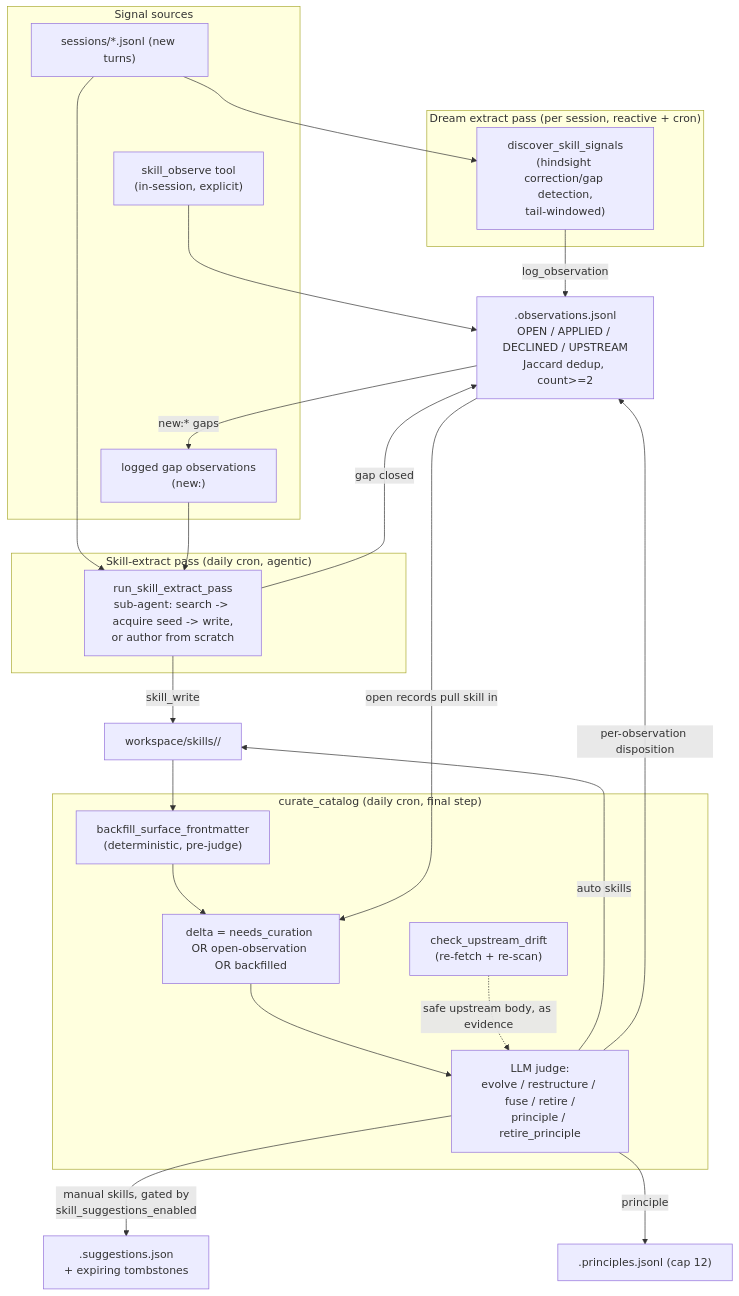
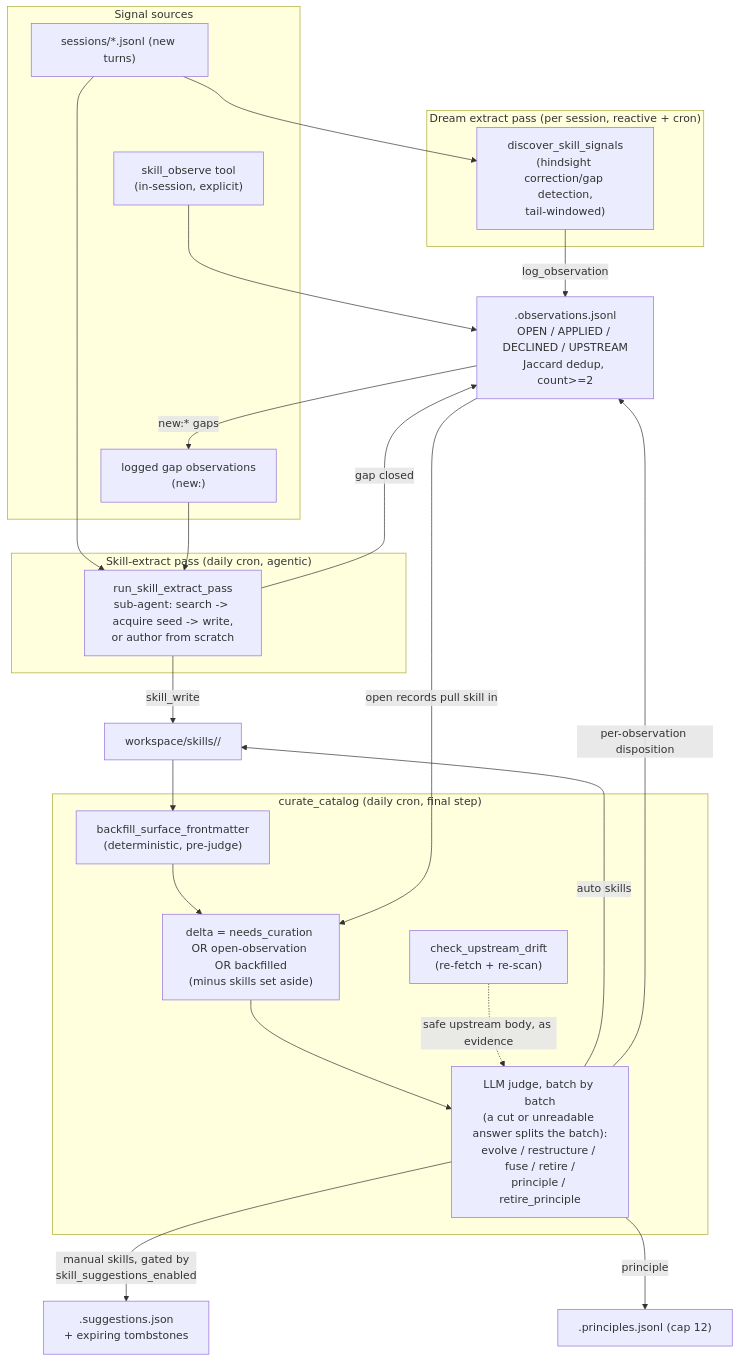
The diagram in docs/internals/skills/02_lifecycle_and_curation.md (mmarmol/durin), drawn with Mermaid before and after one commit. The commit also changed other lines of this file and 14 other files, not shown here.

````diff
--- a/docs/internals/skills/02_lifecycle_and_curation.md
+++ b/docs/internals/skills/02_lifecycle_and_curation.md
@@ -58,40 +58,40 @@
 ```mermaid
 flowchart TD
     subgraph Signal["Signal sources"]
         SESS["sessions/*.jsonl (new turns)"]
         OBS_TOOL["skill_observe tool\n(in-session, explicit)"]
         GAP_LOG["logged gap observations\n(new:<name>)"]
     end
 
     subgraph Extract["Dream extract pass (per session, reactive + cron)"]
         SIG["discover_skill_signals\n(hindsight correction/gap detection,\ntail-windowed)"]
     end
 
     OBS_TOOL --> OBSQ
     SESS --> SIG
     SIG -->|log_observation| OBSQ[".observations.jsonl\nOPEN / APPLIED / DECLINED / UPSTREAM\nJaccard dedup, count>=2"]
 
     subgraph SkillExtract["Skill-extract pass (daily cron, agentic)"]
         SE["run_skill_extract_pass\nsub-agent: search -> acquire seed -> write,\nor author from scratch"]
     end
     SESS --> SE
     GAP_LOG --> SE
     OBSQ -->|"new:* gaps"| GAP_LOG
     SE -->|skill_write| SKILLS["workspace/skills/<name>/"]
     SE -->|"gap closed"| OBSQ
 
     subgraph Curation["curate_catalog (daily cron, final step)"]
         BACKFILL["backfill_surface_frontmatter\n(deterministic, pre-judge)"]
-        DELTA["delta = needs_curation OR open-observation OR backfilled"]
-        JUDGE["LLM judge:\nevolve / restructure / fuse / retire /\nprinciple / retire_principle"]
+        DELTA["delta = needs_curation OR open-observation OR backfilled\n(minus skills set aside)"]
+        JUDGE["LLM judge, batch by batch\n(a cut or unreadable answer splits the batch):\nevolve / restructure / fuse / retire /\nprinciple / retire_principle"]
         DRIFT["check_upstream_drift\n(re-fetch + re-scan)"]
     end
     SKILLS --> BACKFILL --> DELTA
     OBSQ -->|open records pull skill in| DELTA
     DELTA --> JUDGE
     DRIFT -.->|safe upstream body, as evidence| JUDGE
     JUDGE -->|auto skills| SKILLS
     JUDGE -->|manual skills, gated by\nskill_suggestions_enabled| SUGG[".suggestions.json\n+ expiring tombstones"]
     JUDGE -->|per-observation disposition| OBSQ
     JUDGE -->|principle| PRIN[".principles.jsonl (cap 12)"]
 ```
````
